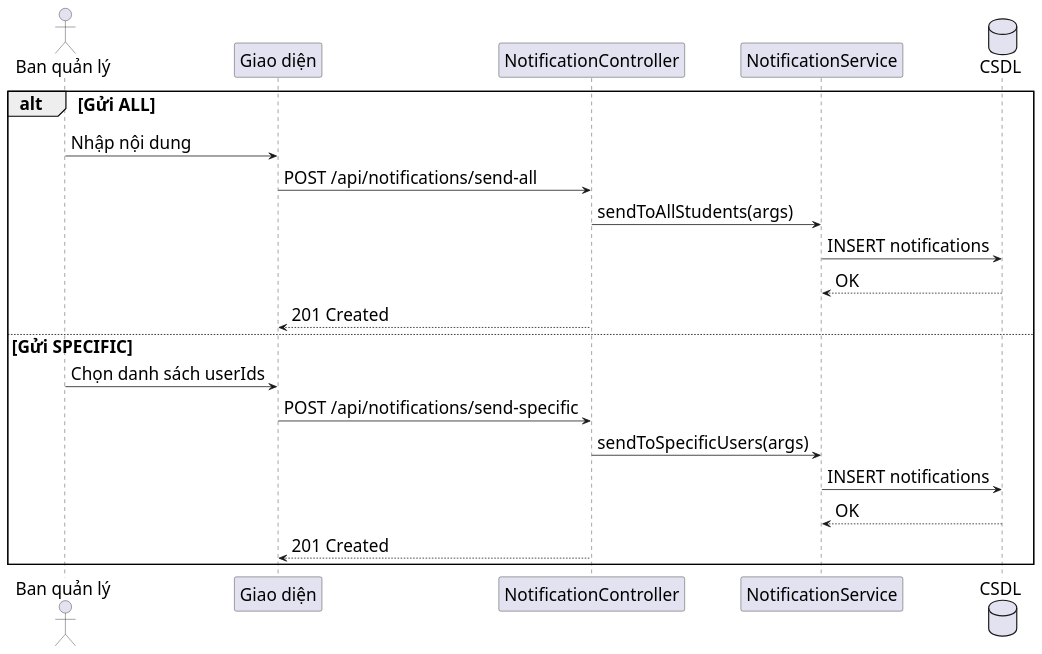
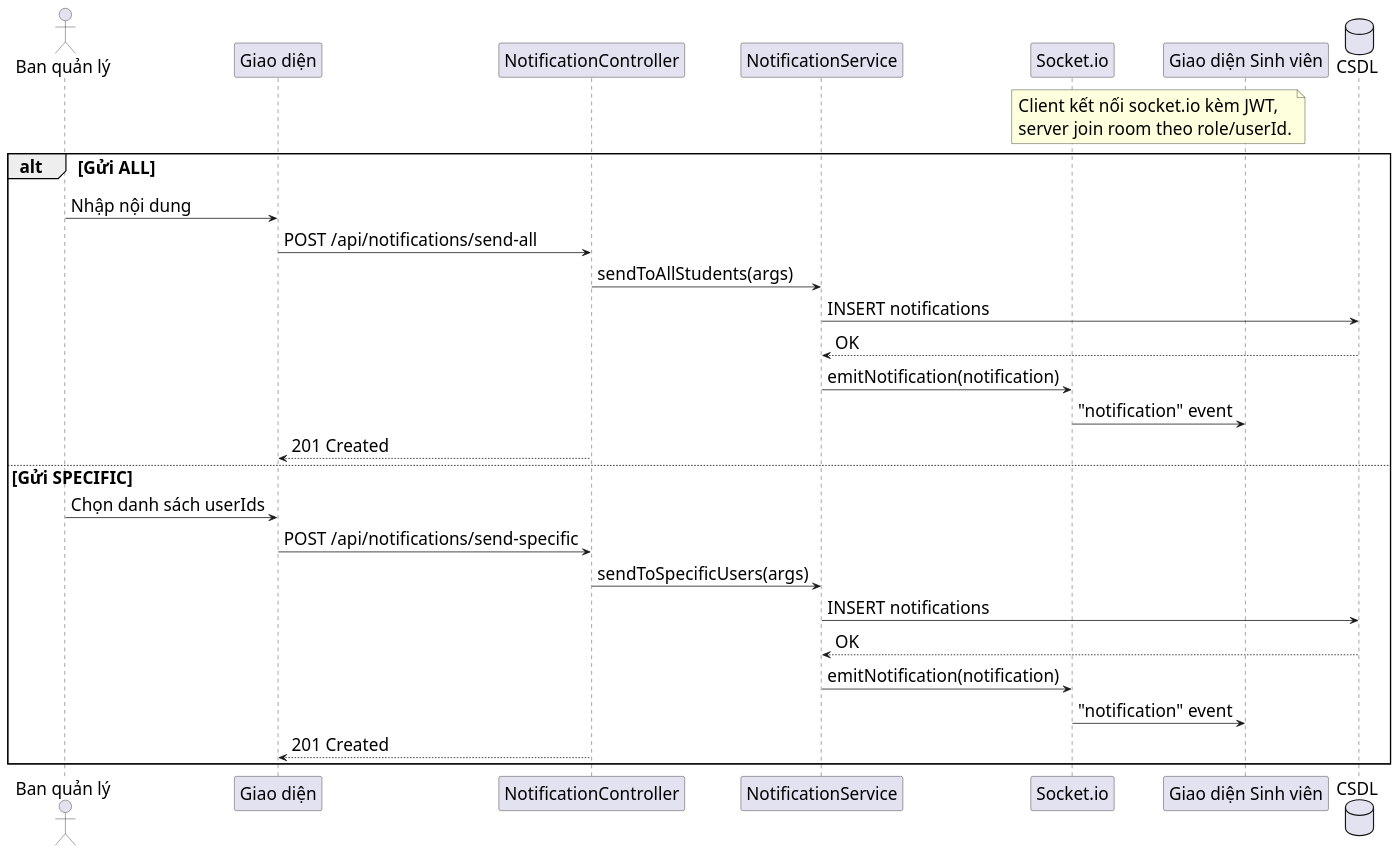
Before and after one commit to s0nbuildtech287/dormitory-frontend: the diagram in diagrams/nhomthongbao/notification_send_sequence.puml, drawn with PlantUML. The commit also changed 1 other file, not shown here.

```diff
--- a/diagrams/nhomthongbao/notification_send_sequence.puml
+++ b/diagrams/nhomthongbao/notification_send_sequence.puml
@@ -1,26 +1,37 @@
 @startuml "Notification Send Sequence"
 skinparam defaultFontSize 22
 skinparam defaultFontName "Times New Roman"
 skinparam sequenceMessageSize 22
 actor "Ban quản lý" as Admin
 participant "Giao diện" as FE
 participant "NotificationController" as NC
 participant "NotificationService" as NS
+participant "Socket.io" as WS
+participant "Giao diện Sinh viên" as Student
 database "CSDL" as DB
+
+note over Student,WS
+Client kết nối socket.io kèm JWT,
+server join room theo role/userId.
+end note
 
 alt Gửi ALL
   Admin -> FE: Nhập nội dung
   FE -> NC: POST /api/notifications/send-all
   NC -> NS: sendToAllStudents(args)
   NS -> DB: INSERT notifications
   DB --> NS: OK
+  NS -> WS: emitNotification(notification)
+  WS -> Student: "notification" event
   NC --> FE: 201 Created
 else Gửi SPECIFIC
   Admin -> FE: Chọn danh sách userIds
   FE -> NC: POST /api/notifications/send-specific
   NC -> NS: sendToSpecificUsers(args)
   NS -> DB: INSERT notifications
   DB --> NS: OK
+  NS -> WS: emitNotification(notification)
+  WS -> Student: "notification" event
   NC --> FE: 201 Created
 end
 @enduml
```
